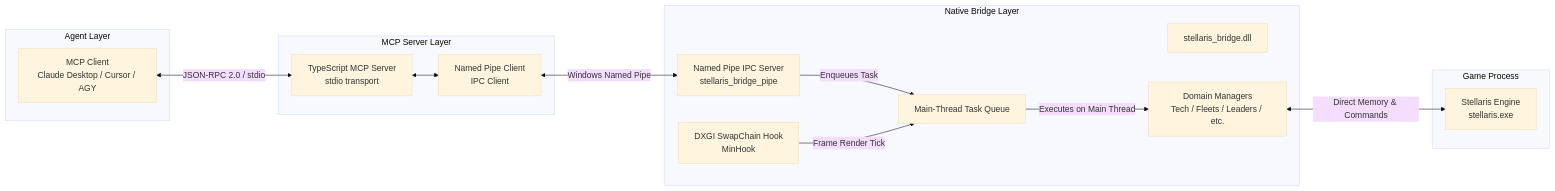
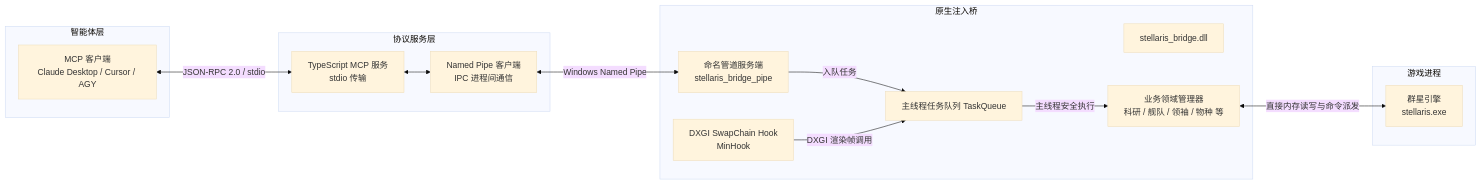
Before and after one commit to epsilonH-eps/native-bridge-src: the diagram in README.md, drawn with Mermaid (base theme). The commit also changed other lines of this file and 2 other files, not shown here.

````diff
--- a/README.md
+++ b/README.md
@@ -16,31 +20,31 @@
 ```mermaid
 flowchart LR
-    subgraph Agent Layer
-        C[MCP Client<br/>Claude Desktop / Cursor / AGY]
+    subgraph Agent Layer [智能体层]
+        C[MCP 客户端<br/>Claude Desktop / Cursor / AGY]
     end
 
-    subgraph MCP Server Layer
-        S[TypeScript MCP Server<br/>stdio transport]
-        P[Named Pipe Client<br/>IPC Client]
+    subgraph MCP Server Layer [协议服务层]
+        S[TypeScript MCP 服务<br/>stdio 传输]
+        P[Named Pipe 客户端<br/>IPC 进程间通信]
         S <--> P
     end
 
-    subgraph Native Bridge Layer
+    subgraph Native Bridge Layer [原生注入桥]
         N[stellaris_bridge.dll]
         H[DXGI SwapChain Hook<br/>MinHook]
-        Q[Main-Thread Task Queue]
-        I[Named Pipe IPC Server<br/>stellaris_bridge_pipe]
-        M[Domain Managers<br/>Tech / Fleets / Leaders / etc.]
+        Q[主线程任务队列 TaskQueue]
+        I[命名管道服务端<br/>stellaris_bridge_pipe]
+        M[业务领域管理器<br/>科研 / 舰队 / 领袖 / 物种 等]
     end
 
-    subgraph Game Process
-        G[Stellaris Engine<br/>stellaris.exe]
+    subgraph Game Process [游戏进程]
+        G[群星引擎<br/>stellaris.exe]
     end
 
     C <-->|JSON-RPC 2.0 / stdio| S
     P <-->|Windows Named Pipe| I
-    I -->|Enqueues Task| Q
-    H -->|Frame Render Tick| Q
-    Q -->|Executes on Main Thread| M
-    M <-->|Direct Memory & Commands| G
+    I -->|入队任务| Q
+    H -->|DXGI 渲染帧调用| Q
+    Q -->|主线程安全执行| M
+    M <-->|直接内存读写与命令派发| G
 ```
````
